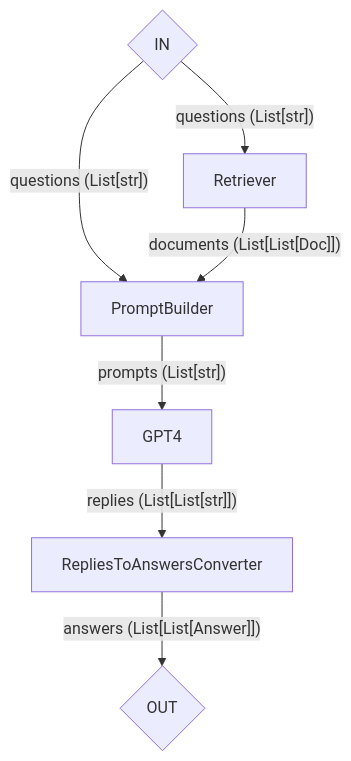
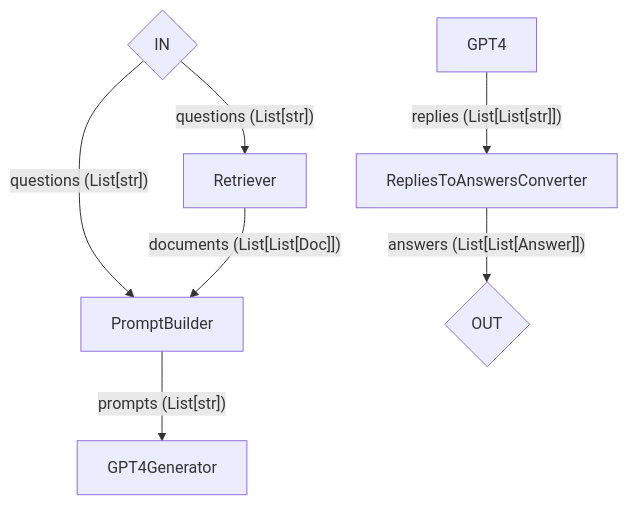
The first of 2 diagrams in proposals/text/5540-llm-support-2.0.md (deepset-ai/haystack), drawn with Mermaid before and after one commit. The commit also changed other lines of this file, not shown here.

````diff
--- a/proposals/text/5540-llm-support-2.0.md
+++ b/proposals/text/5540-llm-support-2.0.md
@@ -27,10 +27,10 @@
 ```mermaid
 graph TD;
 
 IN{IN} -- "questions (List[str])" --> Retriever
 IN{IN} -- "questions (List[str])" --> PromptBuilder
 Retriever -- "documents (List[List[Doc]])"  --> PromptBuilder
-PromptBuilder -- "prompts (List[str])" --> GPT4
+PromptBuilder -- "prompts (List[str])" --> GPT4Generator
 GPT4 -- "replies (List[List[str]])" --> RepliesToAnswersConverter
 RepliesToAnswersConverter -- "answers (List[List[Answer]])" --> OUT{OUT}
 ```
````
